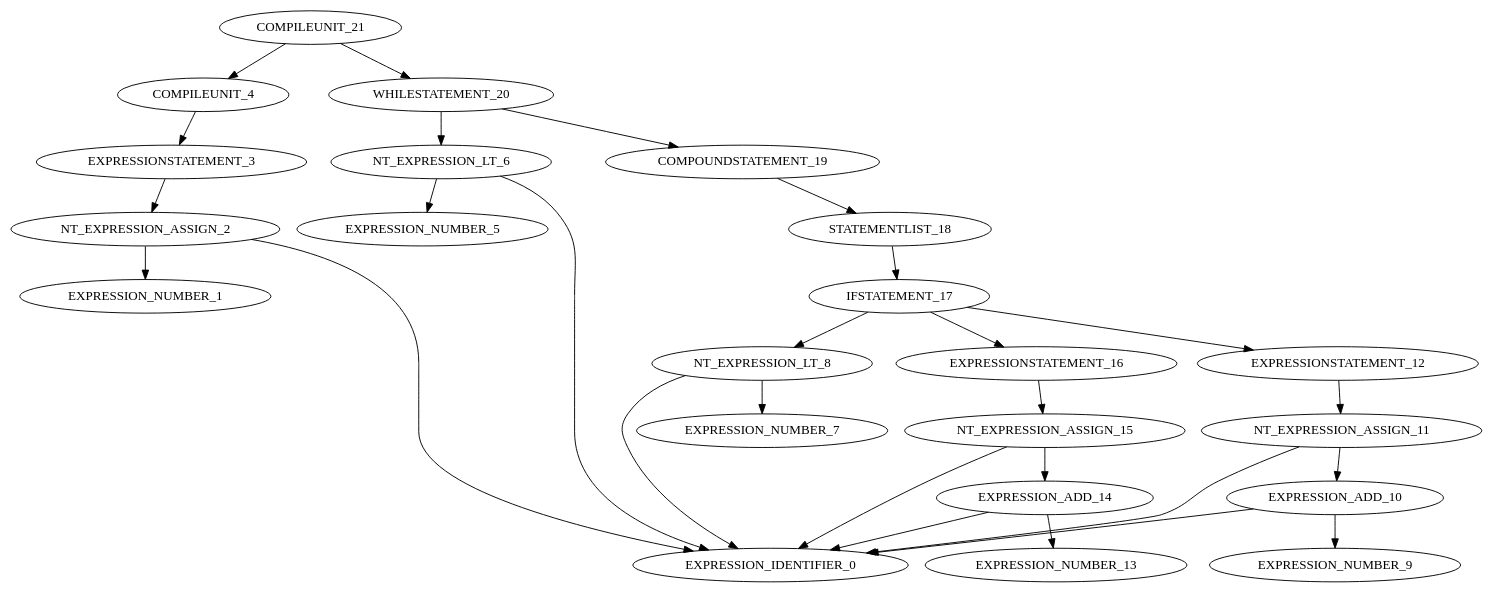
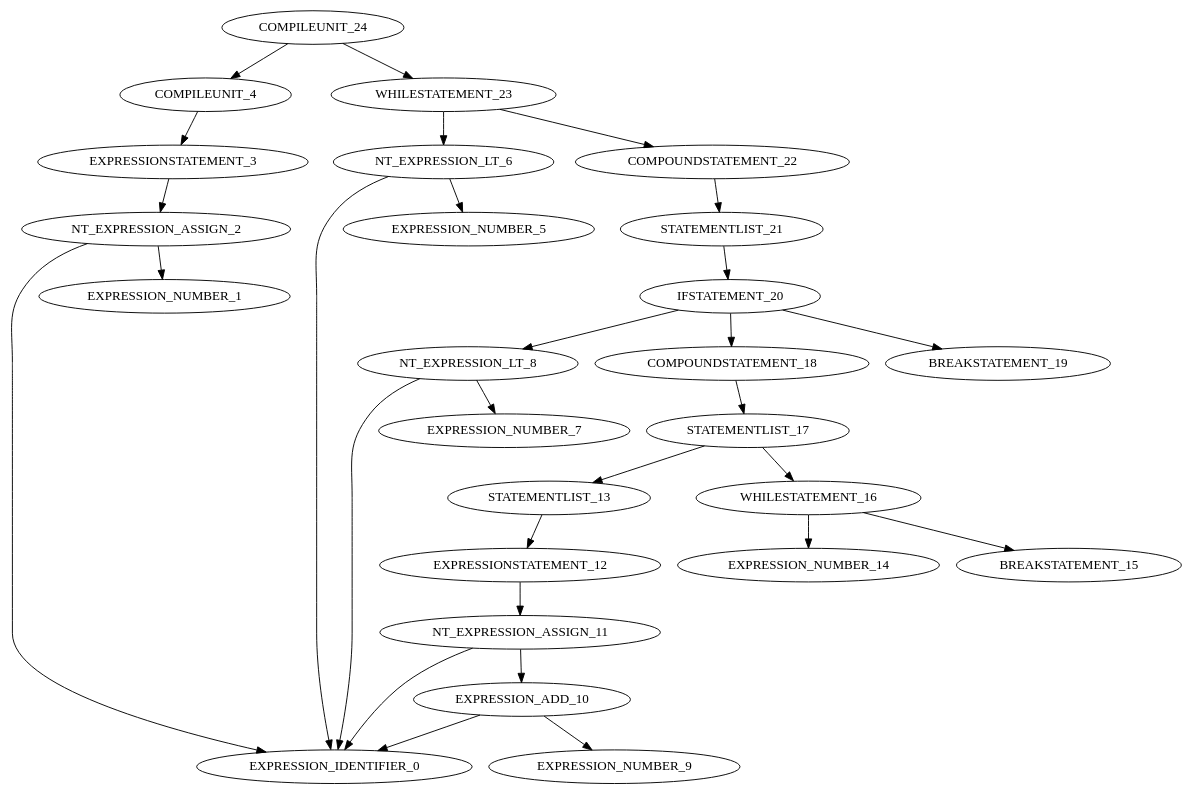
The diagram in MINIC/ST.dot (dhmhgreCompilers1/MINIC), drawn with Graphviz before and after one commit. The commit also changed 6 other files, not shown here.

```diff
--- a/MINIC/ST.dot
+++ b/MINIC/ST.dot
@@ -1,29 +1,30 @@
 digraph G{
-"COMPILEUNIT_21"->"COMPILEUNIT_4";
+"COMPILEUNIT_24"->"COMPILEUNIT_4";
 "COMPILEUNIT_4"->"EXPRESSIONSTATEMENT_3";
 "EXPRESSIONSTATEMENT_3"->"NT_EXPRESSION_ASSIGN_2";
 "NT_EXPRESSION_ASSIGN_2"->"EXPRESSION_IDENTIFIER_0";
 "NT_EXPRESSION_ASSIGN_2"->"EXPRESSION_NUMBER_1";
-"COMPILEUNIT_21"->"WHILESTATEMENT_20";
-"WHILESTATEMENT_20"->"NT_EXPRESSION_LT_6";
+"COMPILEUNIT_24"->"WHILESTATEMENT_23";
+"WHILESTATEMENT_23"->"NT_EXPRESSION_LT_6";
 "NT_EXPRESSION_LT_6"->"EXPRESSION_IDENTIFIER_0";
 "NT_EXPRESSION_LT_6"->"EXPRESSION_NUMBER_5";
-"WHILESTATEMENT_20"->"COMPOUNDSTATEMENT_19";
-"COMPOUNDSTATEMENT_19"->"STATEMENTLIST_18";
-"STATEMENTLIST_18"->"IFSTATEMENT_17";
-"IFSTATEMENT_17"->"NT_EXPRESSION_LT_8";
+"WHILESTATEMENT_23"->"COMPOUNDSTATEMENT_22";
+"COMPOUNDSTATEMENT_22"->"STATEMENTLIST_21";
+"STATEMENTLIST_21"->"IFSTATEMENT_20";
+"IFSTATEMENT_20"->"NT_EXPRESSION_LT_8";
 "NT_EXPRESSION_LT_8"->"EXPRESSION_IDENTIFIER_0";
 "NT_EXPRESSION_LT_8"->"EXPRESSION_NUMBER_7";
-"IFSTATEMENT_17"->"EXPRESSIONSTATEMENT_12";
+"IFSTATEMENT_20"->"COMPOUNDSTATEMENT_18";
+"COMPOUNDSTATEMENT_18"->"STATEMENTLIST_17";
+"STATEMENTLIST_17"->"STATEMENTLIST_13";
+"STATEMENTLIST_13"->"EXPRESSIONSTATEMENT_12";
 "EXPRESSIONSTATEMENT_12"->"NT_EXPRESSION_ASSIGN_11";
 "NT_EXPRESSION_ASSIGN_11"->"EXPRESSION_IDENTIFIER_0";
 "NT_EXPRESSION_ASSIGN_11"->"EXPRESSION_ADD_10";
 "EXPRESSION_ADD_10"->"EXPRESSION_IDENTIFIER_0";
 "EXPRESSION_ADD_10"->"EXPRESSION_NUMBER_9";
-"IFSTATEMENT_17"->"EXPRESSIONSTATEMENT_16";
-"EXPRESSIONSTATEMENT_16"->"NT_EXPRESSION_ASSIGN_15";
-"NT_EXPRESSION_ASSIGN_15"->"EXPRESSION_IDENTIFIER_0";
-"NT_EXPRESSION_ASSIGN_15"->"EXPRESSION_ADD_14";
-"EXPRESSION_ADD_14"->"EXPRESSION_IDENTIFIER_0";
-"EXPRESSION_ADD_14"->"EXPRESSION_NUMBER_13";
+"STATEMENTLIST_17"->"WHILESTATEMENT_16";
+"WHILESTATEMENT_16"->"EXPRESSION_NUMBER_14";
+"WHILESTATEMENT_16"->"BREAKSTATEMENT_15";
+"IFSTATEMENT_20"->"BREAKSTATEMENT_19";
 }
```
